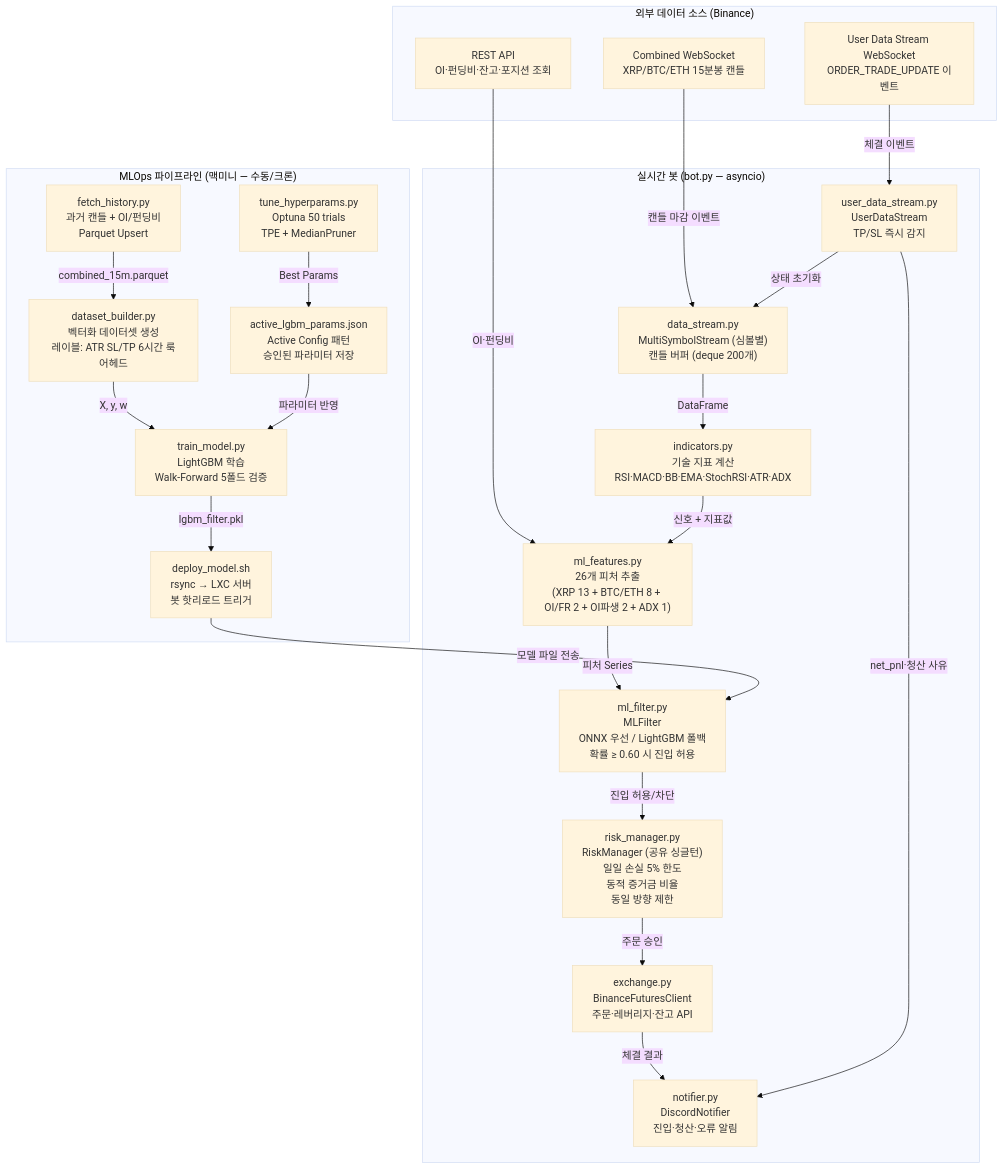
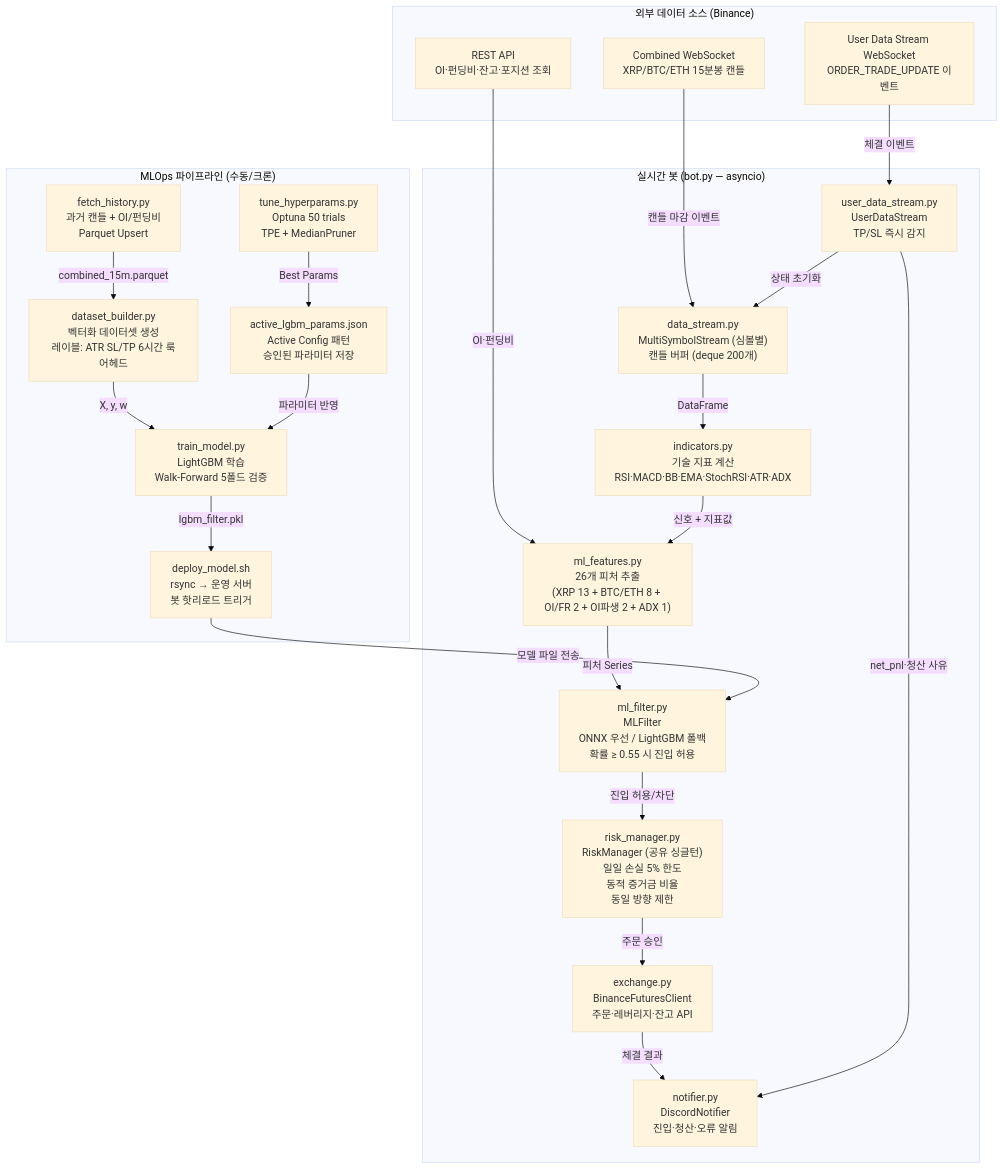
Before and after one commit to 21in7/cointrader: the first of 4 diagrams in ARCHITECTURE.md, drawn with Mermaid (base theme). The commit also changed other lines of this file and 7 other files, not shown here.

First line of the commit message:
docs: update architecture and README for improved clarity and structure

````diff
--- a/ARCHITECTURE.md
+++ b/ARCHITECTURE.md
@@ -39,47 +69,47 @@
 ```mermaid
 flowchart TD
     subgraph 외부["외부 데이터 소스 (Binance)"]
         WS1["Combined WebSocket<br/>XRP/BTC/ETH 15분봉 캔들"]
         WS2["User Data Stream WebSocket<br/>ORDER_TRADE_UPDATE 이벤트"]
         REST["REST API<br/>OI·펀딩비·잔고·포지션 조회"]
     end
 
     subgraph 실시간봇["실시간 봇 (bot.py — asyncio)"]
         DS["data_stream.py<br/>MultiSymbolStream (심볼별)<br/>캔들 버퍼 (deque 200개)"]
         IND["indicators.py<br/>기술 지표 계산<br/>RSI·MACD·BB·EMA·StochRSI·ATR·ADX"]
         MF["ml_features.py<br/>26개 피처 추출<br/>(XRP 13 + BTC/ETH 8 + OI/FR 2 + OI파생 2 + ADX 1)"]
-        ML["ml_filter.py<br/>MLFilter<br/>ONNX 우선 / LightGBM 폴백<br/>확률 ≥ 0.60 시 진입 허용"]
+        ML["ml_filter.py<br/>MLFilter<br/>ONNX 우선 / LightGBM 폴백<br/>확률 ≥ 0.55 시 진입 허용"]
         RM["risk_manager.py<br/>RiskManager (공유 싱글턴)<br/>일일 손실 5% 한도<br/>동적 증거금 비율<br/>동일 방향 제한"]
         EX["exchange.py<br/>BinanceFuturesClient<br/>주문·레버리지·잔고 API"]
         UDS["user_data_stream.py<br/>UserDataStream<br/>TP/SL 즉시 감지"]
         NT["notifier.py<br/>DiscordNotifier<br/>진입·청산·오류 알림"]
     end
 
-    subgraph mlops["MLOps 파이프라인 (맥미니 — 수동/크론)"]
+    subgraph mlops["MLOps 파이프라인 (수동/크론)"]
         FH["fetch_history.py<br/>과거 캔들 + OI/펀딩비<br/>Parquet Upsert"]
         DB["dataset_builder.py<br/>벡터화 데이터셋 생성<br/>레이블: ATR SL/TP 6시간 룩어헤드"]
         TM["train_model.py<br/>LightGBM 학습<br/>Walk-Forward 5폴드 검증"]
         TN["tune_hyperparams.py<br/>Optuna 50 trials<br/>TPE + MedianPruner"]
         AP["active_lgbm_params.json<br/>Active Config 패턴<br/>승인된 파라미터 저장"]
-        DM["deploy_model.sh<br/>rsync → LXC 서버<br/>봇 핫리로드 트리거"]
+        DM["deploy_model.sh<br/>rsync → 운영 서버<br/>봇 핫리로드 트리거"]
     end
 
     WS1 -->|캔들 마감 이벤트| DS
     WS2 -->|체결 이벤트| UDS
     REST -->|OI·펀딩비| MF
     DS -->|DataFrame| IND
     IND -->|신호 + 지표값| MF
     MF -->|피처 Series| ML
     ML -->|진입 허용/차단| RM
     RM -->|주문 승인| EX
     EX -->|체결 결과| NT
     UDS -->|net_pnl·청산 사유| NT
     UDS -->|상태 초기화| DS
 
     FH -->|combined_15m.parquet| DB
     DB -->|X, y, w| TM
     TM -->|lgbm_filter.pkl| DM
     TN -->|Best Params| AP
     AP -->|파라미터 반영| TM
     DM -->|모델 파일 전송| ML
 ```
````
